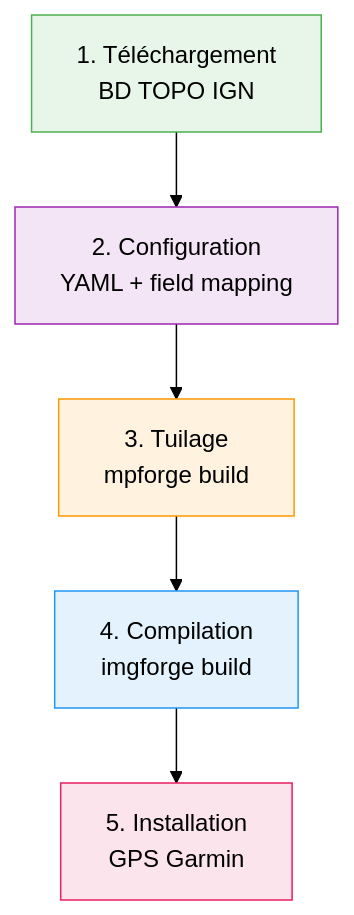
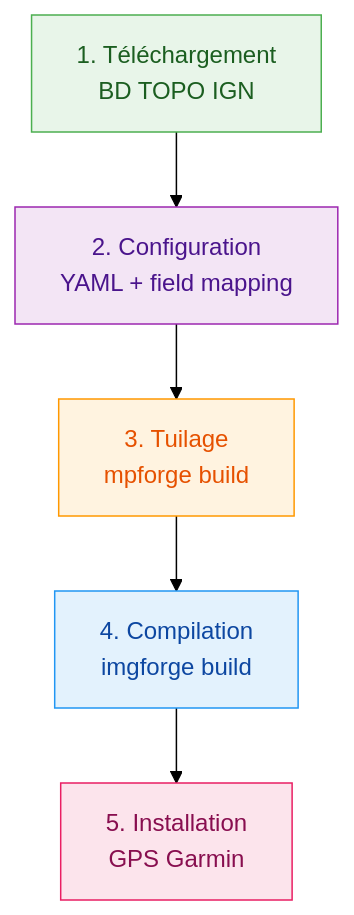
Before and after one commit to allfab/garmin-img-forge: the diagram in site/docs/02-le-pipeline/index.md, drawn with Mermaid (forest theme). The commit also changed 8 other files, not shown here.

First line of the commit message:
fix(site): uniformiser le fond hero avec le thème et améliorer le contraste mermaid

````diff
--- a/site/docs/02-le-pipeline/index.md
+++ b/site/docs/02-le-pipeline/index.md
@@ -9,13 +9,13 @@
 ```mermaid
 flowchart TD
     A["1. Téléchargement<br/>BD TOPO IGN"] --> B["2. Configuration<br/>YAML + field mapping"]
     B --> C["3. Tuilage<br/>mpforge build"]
     C --> D["4. Compilation<br/>imgforge build"]
     D --> E["5. Installation<br/>GPS Garmin"]
 
-    style A fill:#e8f5e9,stroke:#4caf50
-    style B fill:#f3e5f5,stroke:#9c27b0
-    style C fill:#fff3e0,stroke:#ff9800
-    style D fill:#e3f2fd,stroke:#2196f3
-    style E fill:#fce4ec,stroke:#e91e63
+    style A fill:#e8f5e9,stroke:#4caf50,color:#1b5e20
+    style B fill:#f3e5f5,stroke:#9c27b0,color:#4a148c
+    style C fill:#fff3e0,stroke:#ff9800,color:#e65100
+    style D fill:#e3f2fd,stroke:#2196f3,color:#0d47a1
+    style E fill:#fce4ec,stroke:#e91e63,color:#880e4f
 ```
````
